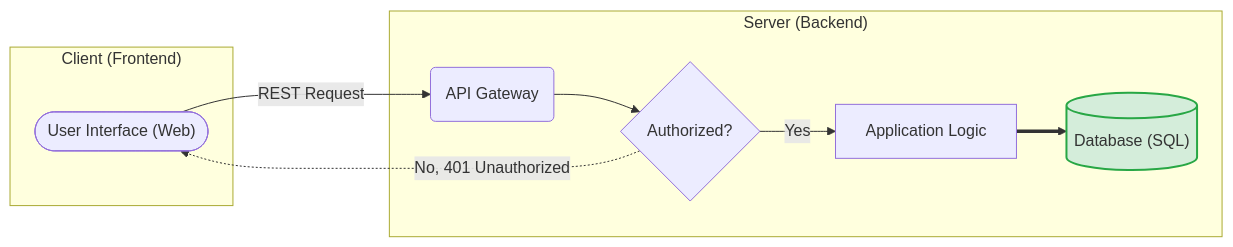
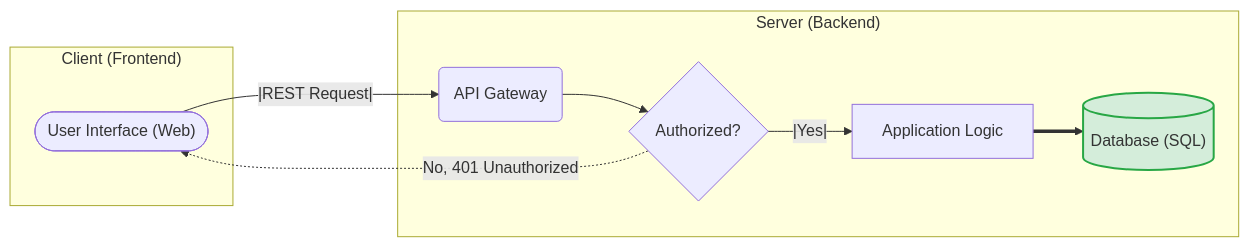
The ninth of 22 diagrams in mermaid/SKILL.md (Cogni-AI-OU/cogni-ai-agent-skills), drawn with Mermaid before and after one commit. The commit also changed other lines of this file and 5 other files, not shown here.

Commit message:
Fixed Mermaid syntax & pre-commit

````diff
--- a/mermaid/SKILL.md
+++ b/mermaid/SKILL.md
@@ -237,22 +237,22 @@
 ```mermaid
 flowchart LR
     subgraph Client ["Client (Frontend)"]
         UI(["User Interface (Web)"])
     end
 
     subgraph Server ["Server (Backend)"]
         API("API Gateway")
         Auth{"Authorized?"}
         App["Application Logic"]
         DB[("Database (SQL)")]
     end
 
-    UI -- "REST Request" --> API
+    UI --|REST Request|--> API
     API --> Auth
-    Auth -- "Yes" --> App
-    Auth -.->|"No, 401 Unauthorized"| UI
+    Auth --|Yes|--> App
+    Auth -.->|No, 401 Unauthorized| UI
     App ==> DB
 
     classDef success fill:#d4edda,stroke:#28a745,stroke-width:2px;
     class DB success
 ```
````
